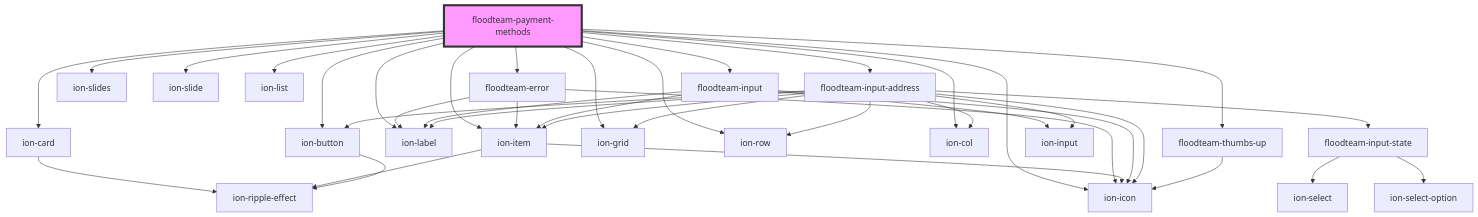
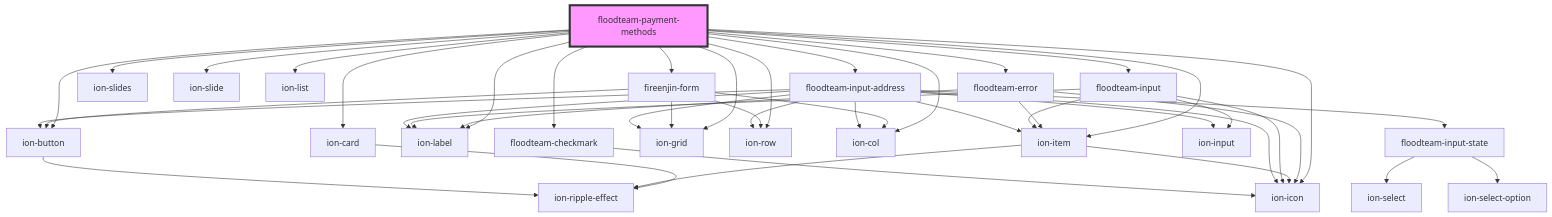
One commit to FloodTeam/components changed the diagram in src/components/payment-methods/readme.md. Above: the diagram before and after it, drawn with Mermaid. The commit also changed other lines of this file and 22 other files, not shown here.

Commit message:
fix(): Add book now component, fix loader, change out thumbs up for checkmark, and  mock fireenjin events for component testing

````diff
--- a/src/components/payment-methods/readme.md
+++ b/src/components/payment-methods/readme.md
@@ -48,42 +49,47 @@
 ```mermaid
 graph TD;
   floodteam-payment-methods --> ion-card
   floodteam-payment-methods --> floodteam-error
   floodteam-payment-methods --> ion-slides
   floodteam-payment-methods --> ion-slide
   floodteam-payment-methods --> ion-list
   floodteam-payment-methods --> ion-item
   floodteam-payment-methods --> ion-label
   floodteam-payment-methods --> ion-button
   floodteam-payment-methods --> ion-icon
   floodteam-payment-methods --> ion-grid
   floodteam-payment-methods --> ion-row
   floodteam-payment-methods --> ion-col
+  floodteam-payment-methods --> fireenjin-form
   floodteam-payment-methods --> floodteam-input
   floodteam-payment-methods --> floodteam-input-address
-  floodteam-payment-methods --> floodteam-thumbs-up
+  floodteam-payment-methods --> floodteam-checkmark
   ion-card --> ion-ripple-effect
   floodteam-error --> ion-item
   floodteam-error --> ion-icon
   floodteam-error --> ion-label
   ion-item --> ion-icon
   ion-item --> ion-ripple-effect
   ion-button --> ion-ripple-effect
+  fireenjin-form --> ion-grid
+  fireenjin-form --> ion-row
+  fireenjin-form --> ion-col
+  fireenjin-form --> ion-button
   floodteam-input --> ion-input
   floodteam-input --> ion-item
   floodteam-input --> ion-icon
   floodteam-input --> ion-label
   floodteam-input-address --> ion-item
   floodteam-input-address --> ion-label
   floodteam-input-address --> ion-input
   floodteam-input-address --> ion-grid
   floodteam-input-address --> ion-row
   floodteam-input-address --> ion-col
   floodteam-input-address --> floodteam-input-state
   floodteam-input-address --> ion-button
   floodteam-input-address --> ion-icon
   floodteam-input-state --> ion-select
   floodteam-input-state --> ion-select-option
-  floodteam-thumbs-up --> ion-icon
+  floodteam-checkmark --> ion-icon
   style floodteam-payment-methods fill:#f9f,stroke:#333,stroke-width:4px
 ```
````
